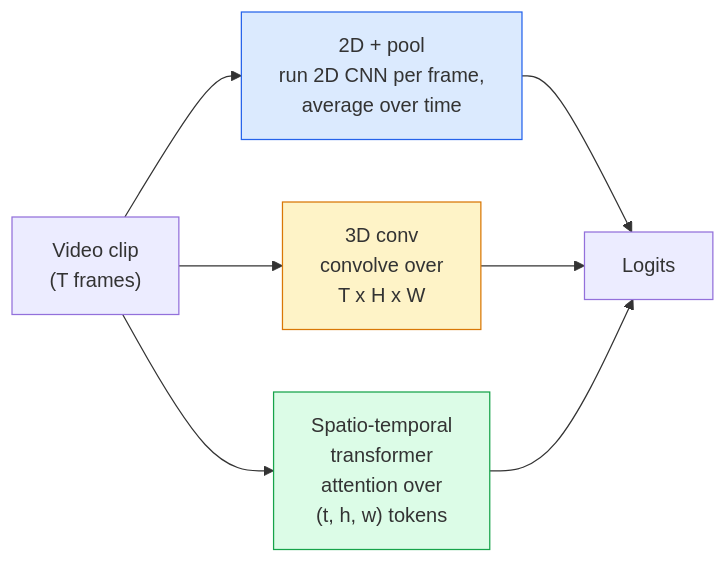
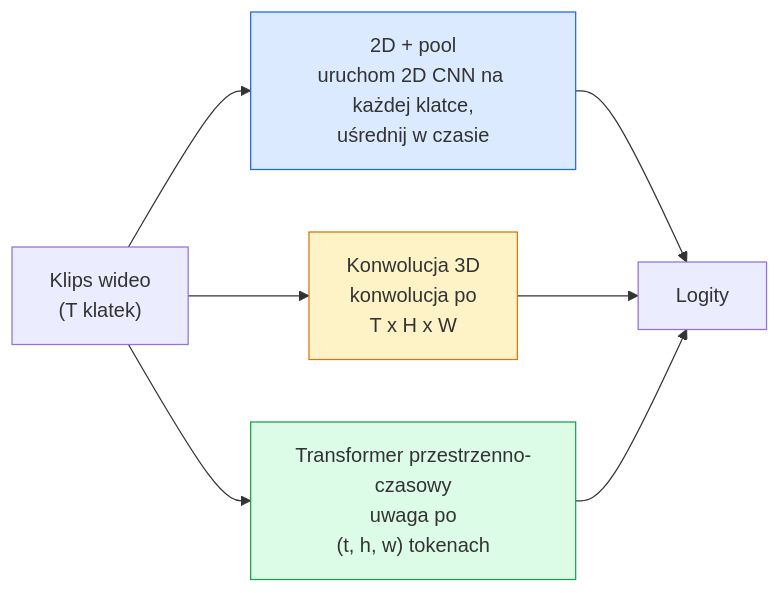
One commit to hublorx/ai-engineering-from-scratch changed the diagram in phases/04-computer-vision/12-video-understanding/docs/en.md. Above: the diagram before and after it, drawn with Mermaid. The commit also changed other lines of this file and 27 other files, not shown here.

````diff
--- a/phases/04-computer-vision/12-video-understanding/docs/en.md
+++ b/phases/04-computer-vision/12-video-understanding/docs/en.md
@@ -29,14 +29,14 @@
 ```mermaid
 flowchart LR
-    V["Video clip<br/>(T frames)"] --> A1["2D + pool<br/>run 2D CNN per frame,<br/>average over time"]
-    V --> A2["3D conv<br/>convolve over<br/>T x H x W"]
-    V --> A3["Spatio-temporal<br/>transformer<br/>attention over<br/>(t, h, w) tokens"]
+    V["Klips wideo<br/>(T klatek)"] --> A1["2D + pool<br/>uruchom 2D CNN na każdej klatce,<br/>uśrednij w czasie"]
+    V --> A2["Konwolucja 3D<br/>konwolucja po<br/>T x H x W"]
+    V --> A3["Transformer przestrzenno-czasowy<br/>uwaga po<br/>(t, h, w) tokenach"]
 
-    A1 --> C["Logits"]
+    A1 --> C["Logity"]
     A2 --> C
     A3 --> C
 
     style A1 fill:#dbeafe,stroke:#2563eb
     style A2 fill:#fef3c7,stroke:#d97706
     style A3 fill:#dcfce7,stroke:#16a34a
 ```
````
